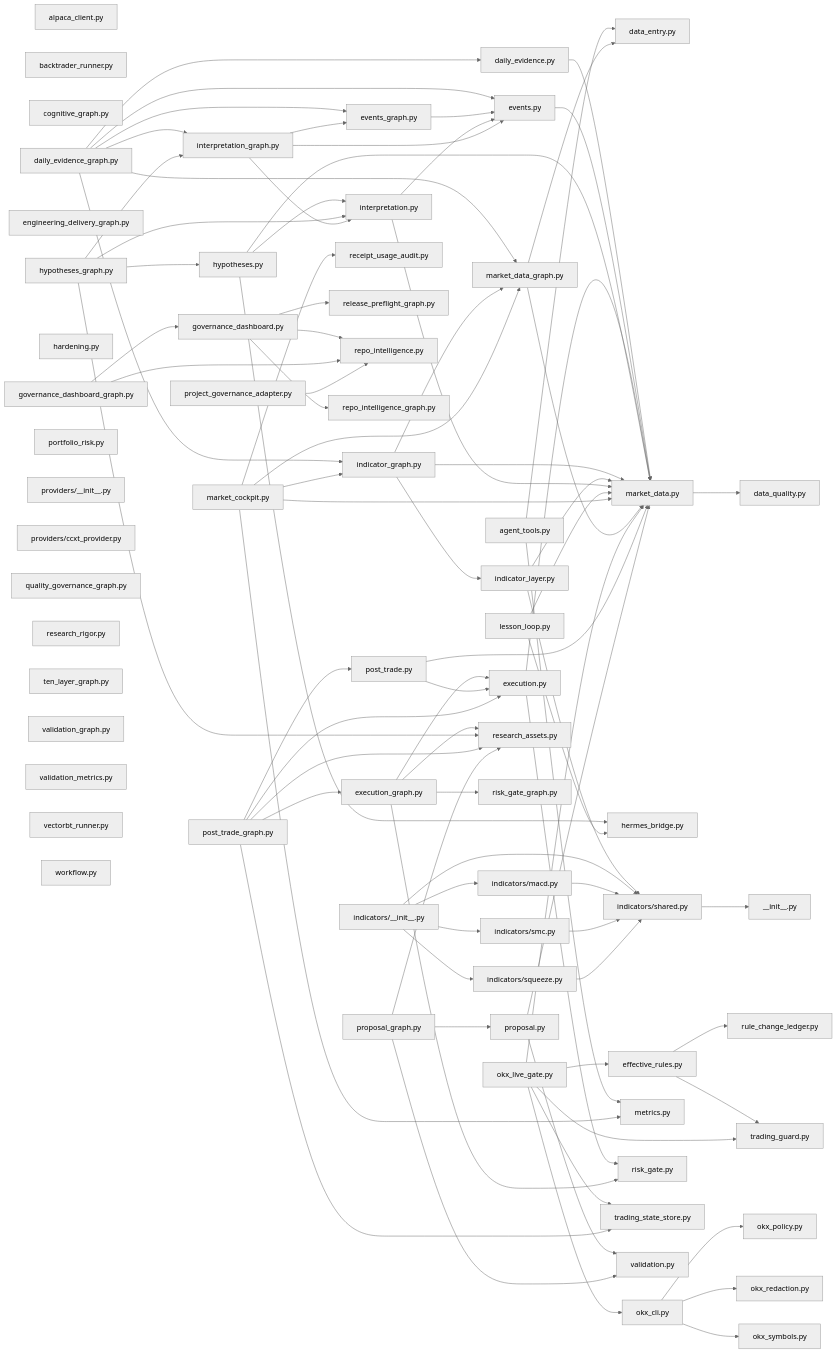
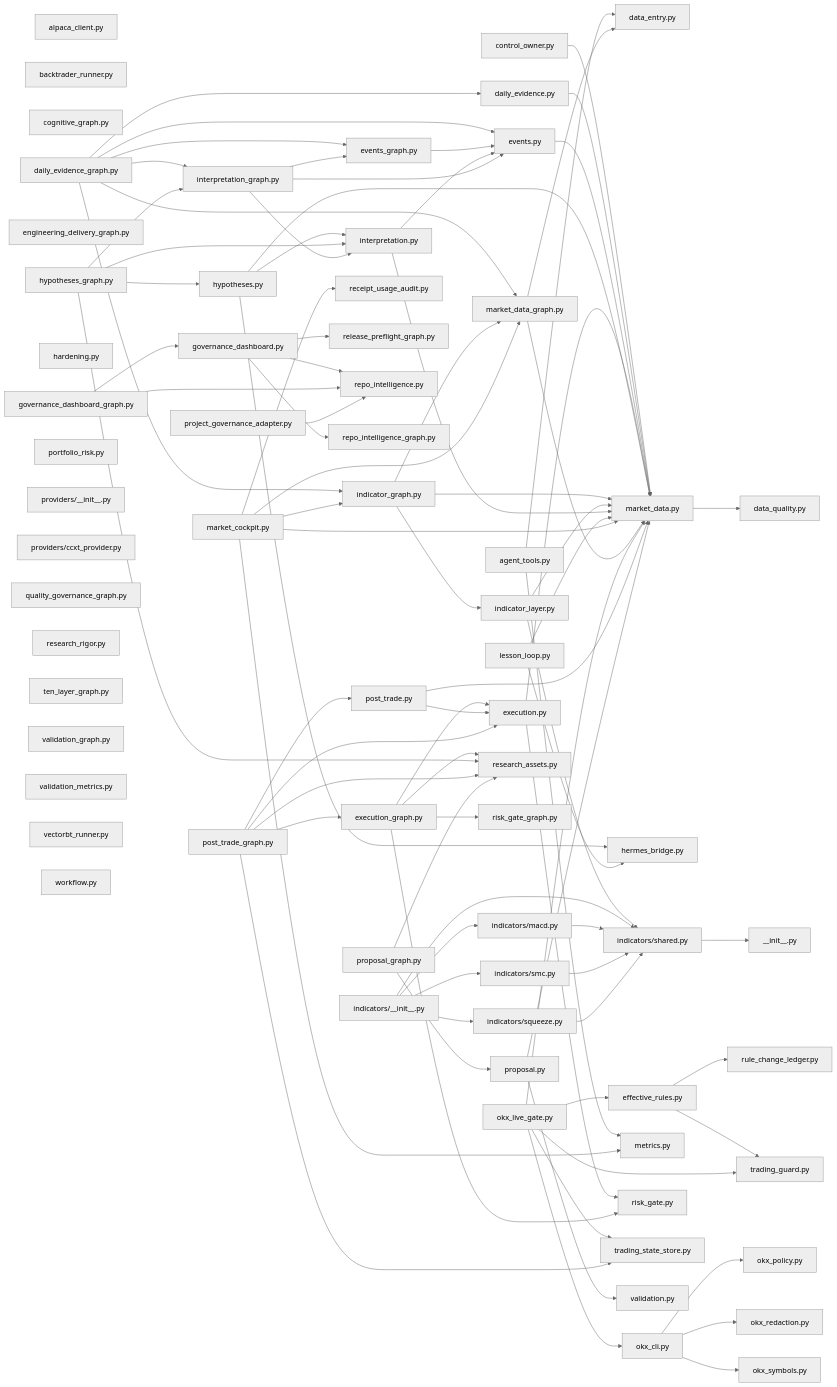
Before and after one commit to zycxfyh/FinHarness: the diagram in docs/architecture/generated/repo-intelligence.md, drawn with Mermaid (neutral theme). The commit also changed other lines of this file, not shown here.

````diff
--- a/docs/architecture/generated/repo-intelligence.md
+++ b/docs/architecture/generated/repo-intelligence.md
@@ -38,6 +32,7 @@
   n_src_finharness_alpaca_client_py["alpaca_client.py"]
   n_src_finharness_backtrader_runner_py["backtrader_runner.py"]
   n_src_finharness_cognitive_graph_py["cognitive_graph.py"]
+  n_src_finharness_control_owner_py["control_owner.py"]
   n_src_finharness_daily_evidence_py["daily_evidence.py"]
   n_src_finharness_daily_evidence_graph_py["daily_evidence_graph.py"]
   n_src_finharness_data_entry_py["data_entry.py"]
@@ -101,6 +96,7 @@
   n_src_finharness_workflow_py["workflow.py"]
   n_src_finharness_agent_tools_py --> n_src_finharness_data_entry_py
   n_src_finharness_agent_tools_py --> n_src_finharness_metrics_py
+  n_src_finharness_control_owner_py --> n_src_finharness_market_data_py
   n_src_finharness_daily_evidence_py --> n_src_finharness_market_data_py
   n_src_finharness_daily_evidence_graph_py --> n_src_finharness_daily_evidence_py
   n_src_finharness_daily_evidence_graph_py --> n_src_finharness_events_py
@@ -178,5 +174,4 @@
   n_src_finharness_proposal_py --> n_src_finharness_validation_py
   n_src_finharness_proposal_graph_py --> n_src_finharness_proposal_py
   n_src_finharness_proposal_graph_py --> n_src_finharness_research_assets_py
-  n_src_finharness_proposal_graph_py --> n_src_finharness_validation_py
 ```
````
